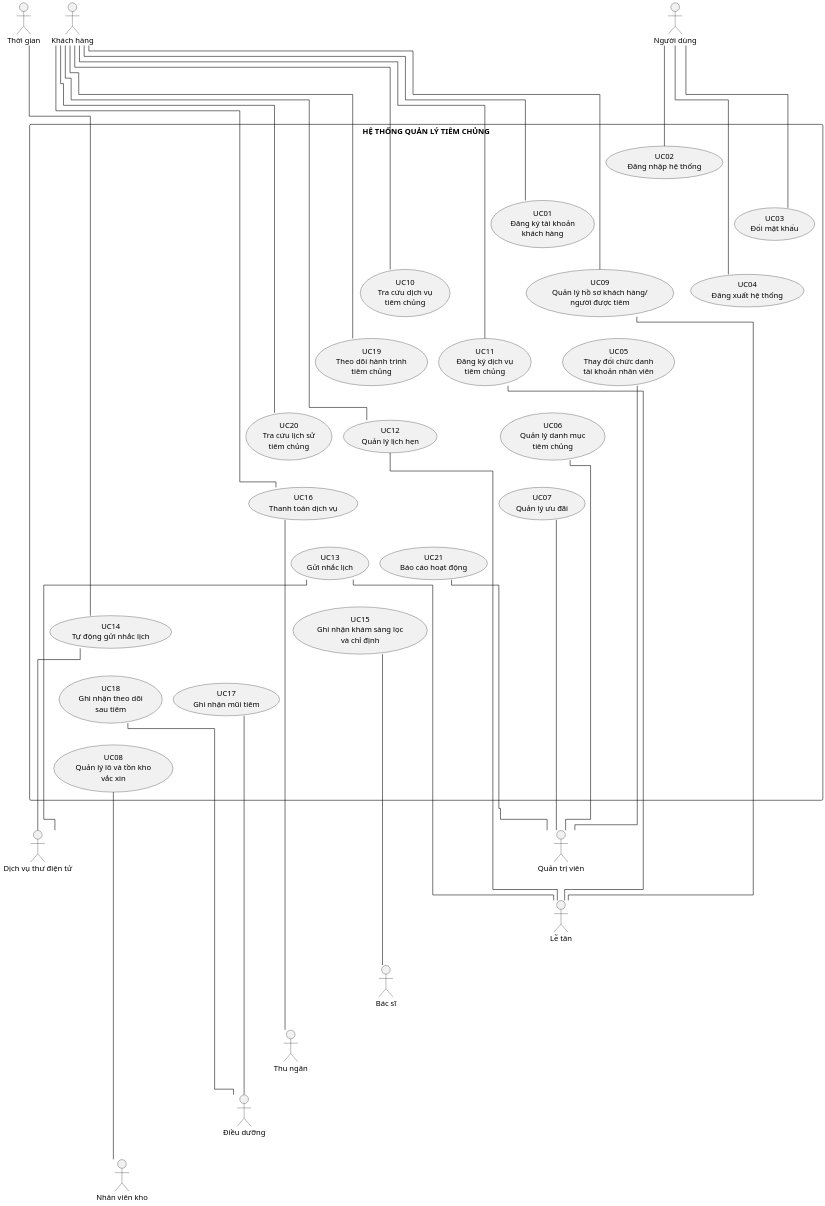
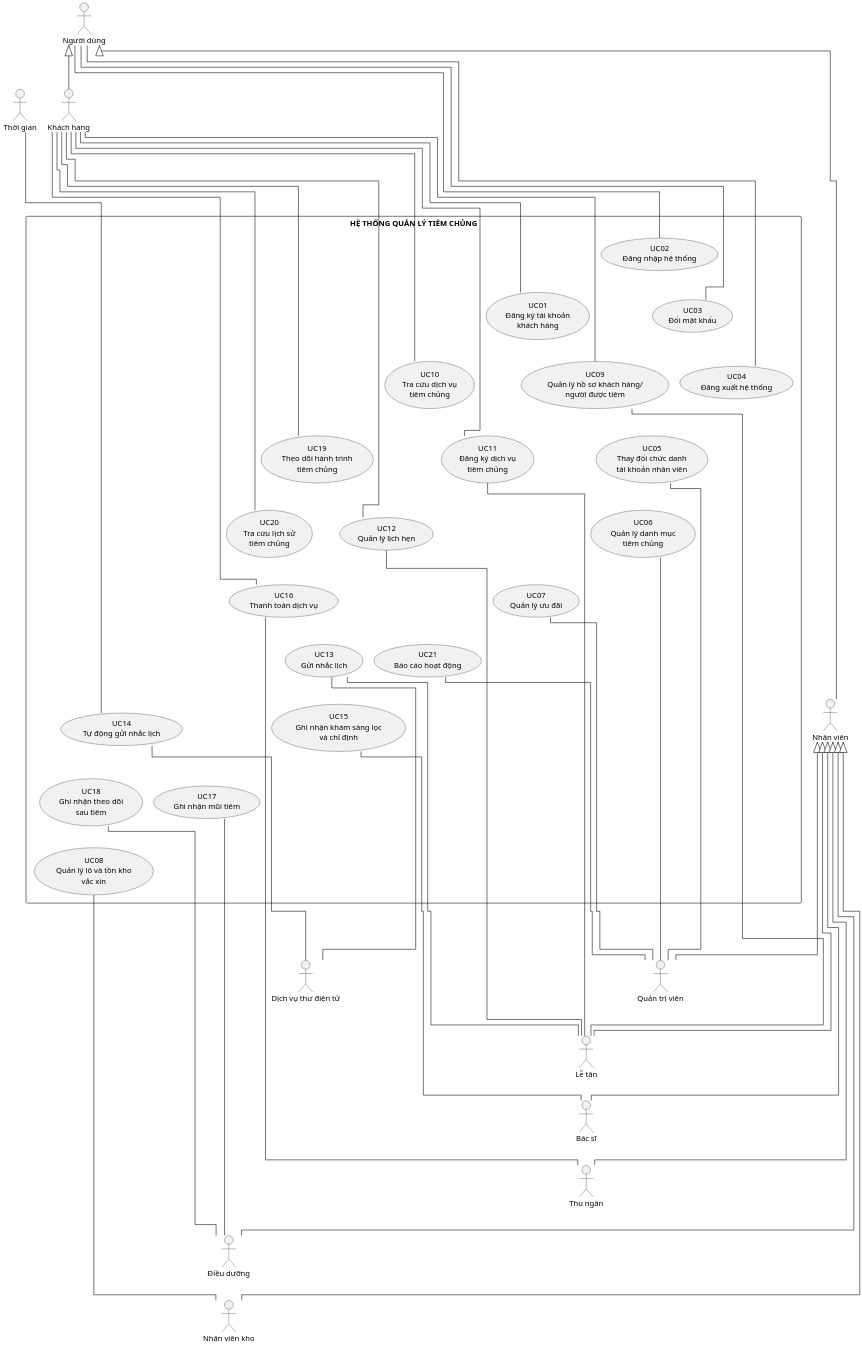
Before and after one commit to datngo1203/KLCN-QuanLyTiemChung: the diagram in docs/thesis/uml/Hinh_System_Use_Case_21UC_Full_Portrait.puml, drawn with PlantUML.

Commit message:
docs: show full actor hierarchy and hide UC codes in overview

```diff
--- a/docs/thesis/uml/Hinh_System_Use_Case_21UC_Full_Portrait.puml
+++ b/docs/thesis/uml/Hinh_System_Use_Case_21UC_Full_Portrait.puml
@@ -1,146 +1,158 @@
 @startuml
 !pragma layout elk
 ' THESIS-R1 — full 21 System Use Case portrait prototype
-' Semantic baseline: reconciliation v4, 21 UC / 27 direct associations.
-' Presentation policy: full-21 overview intentionally omits actor-generalization hierarchy;
-' the 8 actor generalizations remain in the semantic model and are shown/audited in detail views.
+' Semantic baseline: reconciliation v4, 21 UC / 27 direct associations / 8 actor generalizations.
+' Presentation policy: show the full actor hierarchy; UC aliases remain for audit/traceability,
+' while visible ellipse labels omit UC01..UC21 codes for thesis readability.
 ' Visual contract: A4 portrait, actor-centric fan-out, STRAIGHT-FIRST routing, no include/extend.
 
 skinparam monochrome true
 skinparam shadowing false
 skinparam backgroundColor white
 skinparam defaultFontName "Times New Roman"
 skinparam defaultFontSize 14
 skinparam ArrowColor black
 skinparam ActorBorderColor black
 skinparam UsecaseBorderColor black
 skinparam RectangleBorderColor black
 skinparam linetype ortho
 skinparam nodesep 28
 skinparam ranksep 34
 skinparam dpi 180
 skinparam packageStyle rectangle
 
 top to bottom direction
 
 actor "Người dùng" as User
+actor "Nhân viên" as Employee
 actor "Khách hàng" as Customer
 actor "Quản trị viên" as Admin
 actor "Lễ tân" as Reception
 actor "Bác sĩ" as Doctor
 actor "Thu ngân" as Cashier
 actor "Điều dưỡng" as Nurse
 actor "Nhân viên kho" as Warehouse
 actor "Thời gian" as Time
 actor "Dịch vụ thư điện tử" as Email
 
 rectangle "HỆ THỐNG QUẢN LÝ TIÊM CHỦNG" as SystemBoundary {
   usecase "UC02\nĐăng nhập hệ thống" as UC02
   usecase "UC03\nĐổi mật khẩu" as UC03
   usecase "UC04\nĐăng xuất hệ thống" as UC04
 
   usecase "UC01\nĐăng ký tài khoản\nkhách hàng" as UC01
   usecase "UC09\nQuản lý hồ sơ khách hàng/\nngười được tiêm" as UC09
   usecase "UC05\nThay đổi chức danh\ntài khoản nhân viên" as UC05
 
   usecase "UC10\nTra cứu dịch vụ\ntiêm chủng" as UC10
   usecase "UC11\nĐăng ký dịch vụ\ntiêm chủng" as UC11
   usecase "UC06\nQuản lý danh mục\ntiêm chủng" as UC06
 
   usecase "UC19\nTheo dõi hành trình\ntiêm chủng" as UC19
   usecase "UC12\nQuản lý lịch hẹn" as UC12
   usecase "UC07\nQuản lý ưu đãi" as UC07
 
   usecase "UC20\nTra cứu lịch sử\ntiêm chủng" as UC20
   usecase "UC16\nThanh toán dịch vụ" as UC16
   usecase "UC21\nBáo cáo hoạt động" as UC21
 
   usecase "UC13\nGửi nhắc lịch" as UC13
   usecase "UC15\nGhi nhận khám sàng lọc\nvà chỉ định" as UC15
 
   usecase "UC14\nTự động gửi nhắc lịch" as UC14
   usecase "UC17\nGhi nhận mũi tiêm" as UC17
 
   usecase "UC18\nGhi nhận theo dõi\nsau tiêm" as UC18
   usecase "UC08\nQuản lý lô và tồn kho\nvắc xin" as UC08
 
   ' Layout helpers only; no semantic meaning.
   UC02 -[hidden]right- UC03
   UC03 -[hidden]right- UC04
 
   UC01 -[hidden]right- UC09
   UC09 -[hidden]right- UC05
   UC10 -[hidden]right- UC11
   UC11 -[hidden]right- UC06
   UC19 -[hidden]right- UC12
   UC12 -[hidden]right- UC07
   UC20 -[hidden]right- UC16
   UC16 -[hidden]right- UC21
   UC13 -[hidden]right- UC15
   UC14 -[hidden]right- UC17
   UC18 -[hidden]right- UC08
 
   UC02 -[hidden]down- UC01
   UC01 -[hidden]down- UC10
   UC10 -[hidden]down- UC19
   UC19 -[hidden]down- UC20
   UC20 -[hidden]down- UC13
   UC13 -[hidden]down- UC14
   UC14 -[hidden]down- UC18
 
   UC03 -[hidden]down- UC09
   UC09 -[hidden]down- UC11
   UC11 -[hidden]down- UC12
   UC12 -[hidden]down- UC16
 
   UC04 -[hidden]down- UC05
   UC05 -[hidden]down- UC06
   UC06 -[hidden]down- UC07
   UC07 -[hidden]down- UC21
   UC21 -[hidden]down- UC15
   UC15 -[hidden]down- UC17
   UC17 -[hidden]down- UC08
 }
+' Actor generalization — full semantic hierarchy.
+Customer -up-|> User
+Employee -left-|> User
+Admin -up-|> Employee
+Reception -up-|> Employee
+Doctor -up-|> Employee
+Cashier -up-|> Employee
+Nurse -up-|> Employee
+Warehouse -up-|> Employee
+
 ' Actor ordering helpers only.
+User -[hidden]right- Employee
 Admin -[hidden]down- Reception
 Reception -[hidden]down- Doctor
 Doctor -[hidden]down- Cashier
 Cashier -[hidden]down- Nurse
 Nurse -[hidden]down- Warehouse
 Time -[hidden]right- Email
 
 ' 27 direct actor–UC associations.
 User -- UC02
 User -- UC03
 User -- UC04
 
 Customer -right- UC01
 Customer -right- UC10
 Customer -right- UC19
 Customer -right- UC20
 Customer -right- UC09
 Customer -right- UC11
 Customer -right- UC12
 Customer -right- UC16
 
 UC09 -right- Reception
 UC11 -right- Reception
 UC12 -right- Reception
 UC13 -right- Reception
 
 UC05 -right- Admin
 UC06 -right- Admin
 UC07 -right- Admin
 UC21 -right- Admin
 
 UC15 -right- Doctor
 UC16 -right- Cashier
 UC17 -right- Nurse
 UC18 -right- Nurse
 UC08 -right- Warehouse
 
 Time -- UC14
 UC13 -- Email
 UC14 -- Email
 
 @enduml
```
